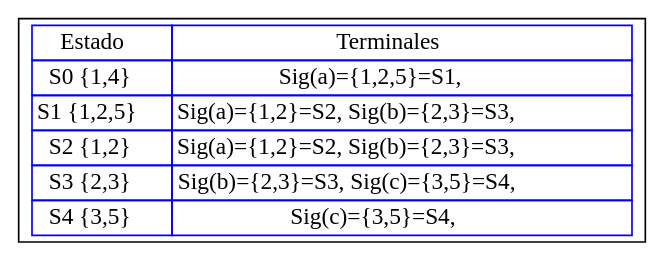
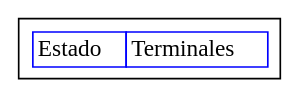
Before and after one commit to Racs0XD/-OLC1-Proyecto1_201603028: the diagram in Py1_201603028/build/classes/TRANSICIONES_201603028/E2.dot, drawn with Graphviz. The commit also changed 39 other files, not shown here.

```diff
--- a/Py1_201603028/build/classes/TRANSICIONES_201603028/E2.dot
+++ b/Py1_201603028/build/classes/TRANSICIONES_201603028/E2.dot
@@ -1,21 +1,11 @@
 digraph G{
 rankdir=UD
 node[shape=box]
 concentrate=true
 nodo0 [ label =<<table border='0' cellborder='1' color='blue' cellspacing='0'>
 <tr><td>Estado</td><td>Terminales</td></tr>
 
-<tr><td>S0 {1,4}</td><td>Sig(a)={1,2,5}=S1, </td></tr>
-
-<tr><td>S1 {1,2,5}</td><td>Sig(a)={1,2}=S2, Sig(b)={2,3}=S3, </td></tr>
-
-<tr><td>S2 {1,2}</td><td>Sig(a)={1,2}=S2, Sig(b)={2,3}=S3, </td></tr>
-
-<tr><td>S3 {2,3}</td><td>Sig(b)={2,3}=S3, Sig(c)={3,5}=S4, </td></tr>
-
-<tr><td>S4 {3,5}</td><td>Sig(c)={3,5}=S4, </td></tr>
-
 </table>
 >];
 
 }
```
